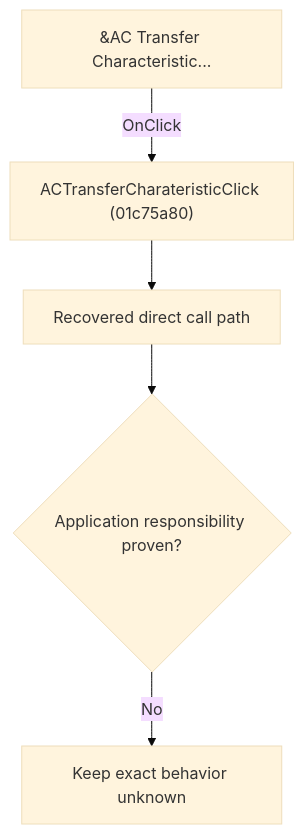
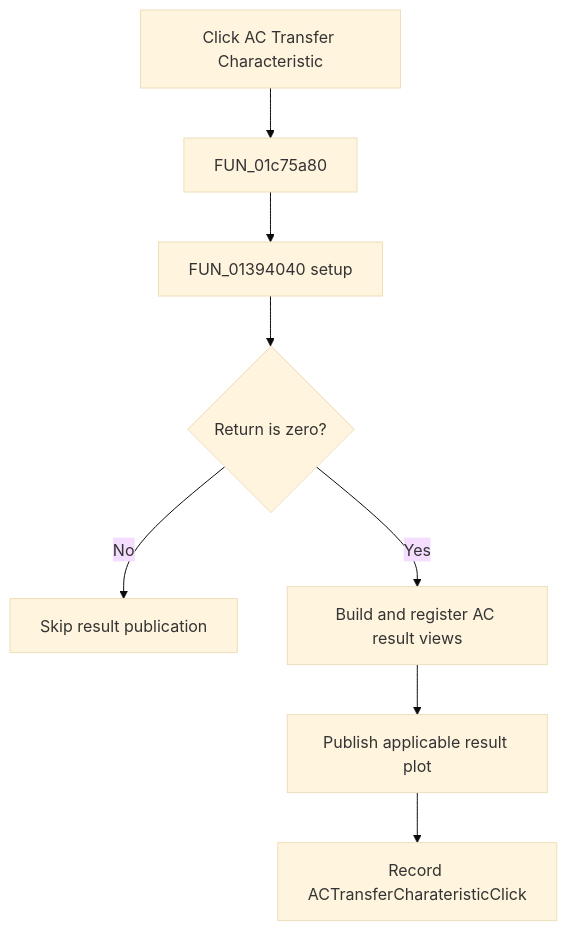
Before and after one commit to MovGP0/TIARA: the diagram in docs/ui-controls/schematiceditor/actransfercharateristic-04d2b460d1.md, drawn with Mermaid (base theme). The commit also changed other lines of this file and 241 other files, not shown here.

````diff
--- a/docs/ui-controls/schematiceditor/actransfercharateristic-04d2b460d1.md
+++ b/docs/ui-controls/schematiceditor/actransfercharateristic-04d2b460d1.md
@@ -27,7 +27,10 @@
 ```mermaid
 flowchart TD
-    control["&AC Transfer Characteristic..."] -->|"OnClick"| handler["ACTransferCharateristicClick (01c75a80)"]
-    handler --> recovered["Recovered direct call path"]
-    recovered --> gap{"Application responsibility proven?"}
-    gap -->|"No"| blocked["Keep exact behavior unknown"]
+    control["Click AC Transfer Characteristic"] --> handler["FUN_01c75a80"]
+    handler --> setup["FUN_01394040 setup"]
+    setup --> zero{"Return is zero?"}
+    zero -->|"No"| stop["Skip result publication"]
+    zero -->|"Yes"| result["Build and register AC result views"]
+    result --> plot["Publish applicable result plot"]
+    plot --> record["Record ACTransferCharateristicClick"]
 ```
````
